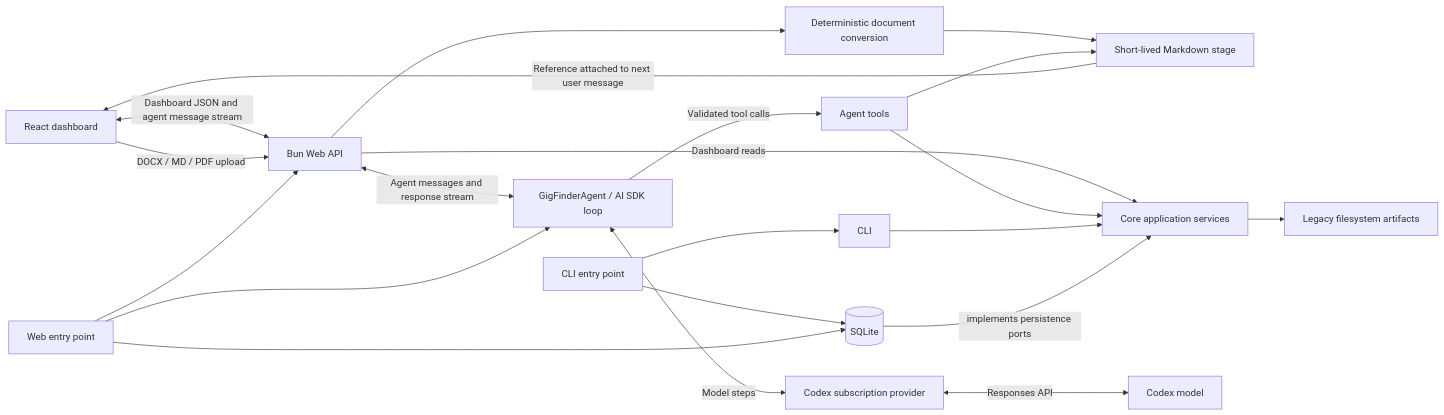
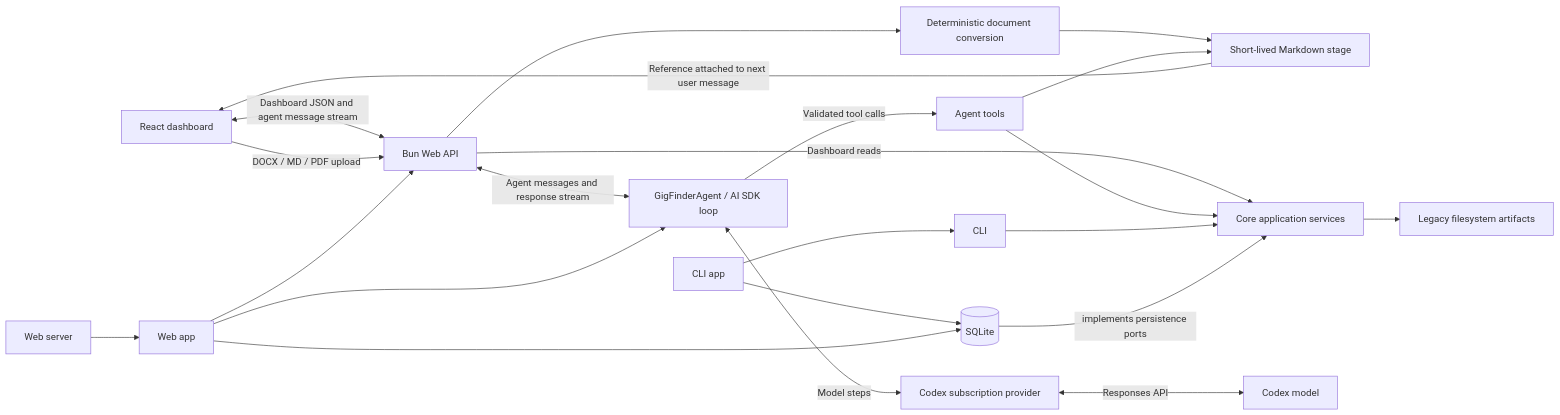
The first of 2 diagrams in docs/architecture/overview.md (paulmccallick/gig-finder), drawn with Mermaid before and after one commit. The commit also changed other lines of this file and 36 other files, not shown here.

````diff
--- a/docs/architecture/overview.md
+++ b/docs/architecture/overview.md
@@ -5,23 +5,24 @@
 ```mermaid
 flowchart LR
   Dashboard[React dashboard] <-->|Dashboard JSON and agent message stream| API[Bun Web API]
   Dashboard -->|DOCX / MD / PDF upload| API
   API --> Converter[Deterministic document conversion]
   Converter --> Stage[Short-lived Markdown stage]
   Stage -->|Reference attached to next user message| Dashboard
   API -->|Dashboard reads| Core[Core application services]
   API <-->|Agent messages and response stream| Agent[GigFinderAgent / AI SDK loop]
   Agent <-->|Model steps| Provider[Codex subscription provider]
   Provider <-->|Responses API| Model[Codex model]
   Agent -->|Validated tool calls| Tools[Agent tools]
   Tools --> Stage
   Tools --> Core
   CLI[CLI] --> Core
-  CLIEntry[CLI entry point] --> CLI
-  CLIEntry --> SQLite
-  WebEntry[Web entry point] --> API
-  WebEntry --> Agent
-  WebEntry --> SQLite
+  CLIApp[CLI app] --> CLI
+  CLIApp --> SQLite
+  WebServer[Web server] --> WebApp[Web app]
+  WebApp --> API
+  WebApp --> Agent
+  WebApp --> SQLite
   SQLite[(SQLite)] -->|implements persistence ports| Core
   Core --> Artifacts[Legacy filesystem artifacts]
 ```
````
